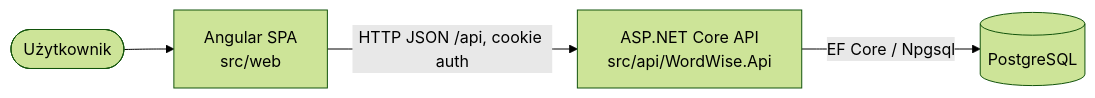
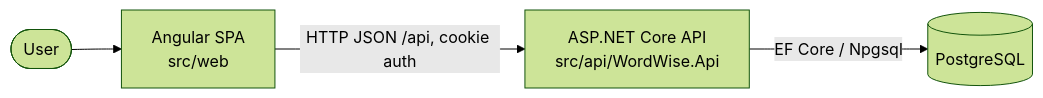
Before and after one commit to grzegorz555/word-wise: the second of 3 diagrams in docs/architecture.md, drawn with Mermaid (forest theme). The commit also changed other lines of this file and 37 other files, not shown here.

````diff
--- a/docs/architecture.md
+++ b/docs/architecture.md
@@ -13,6 +13,6 @@
 ```mermaid
 flowchart LR
-  user([Użytkownik]) --> web[Angular SPA<br/>src/web]
+  user([User]) --> web[Angular SPA<br/>src/web]
   web -->|HTTP JSON /api, cookie auth| api[ASP.NET Core API<br/>src/api/WordWise.Api]
   api -->|EF Core / Npgsql| db[(PostgreSQL)]
 ```
````
